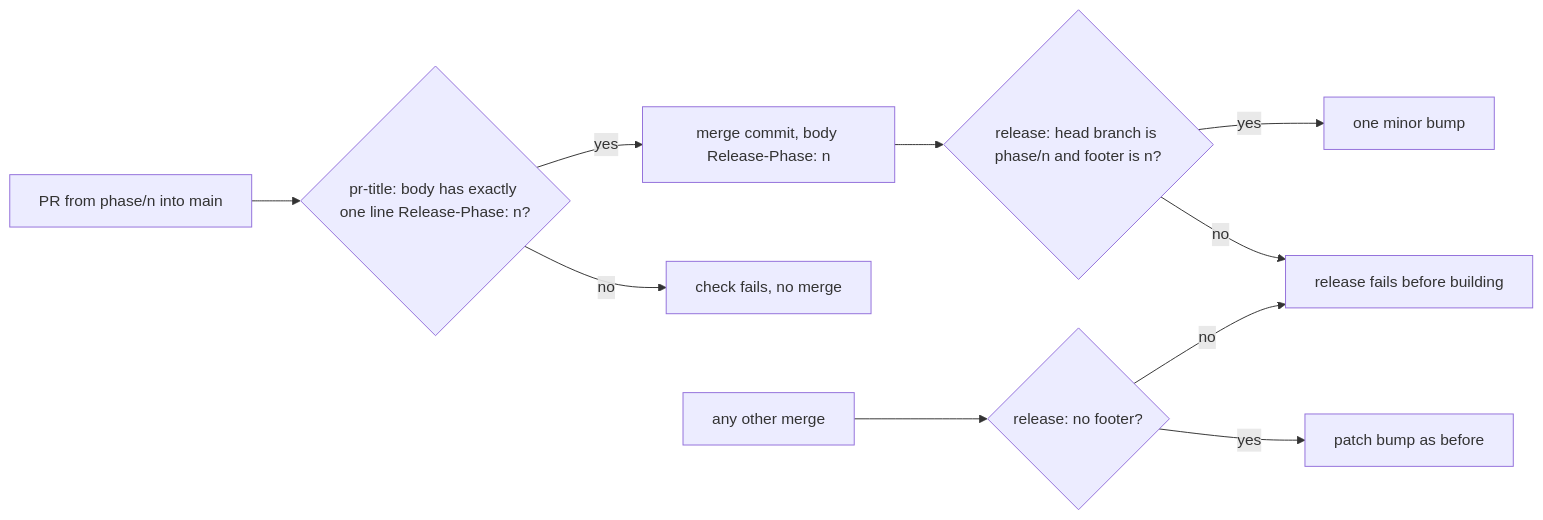
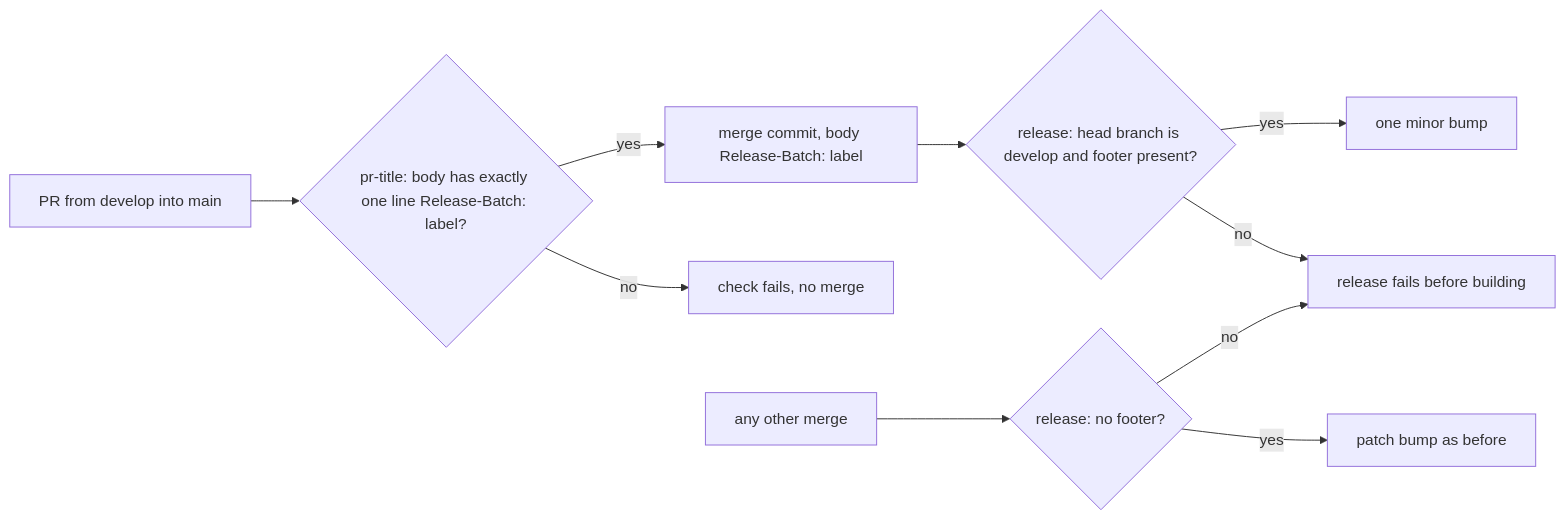
The second of 5 diagrams in wiki/workflow/delivery-pipeline.md (giamat90/DuckEngine), drawn with Mermaid before and after one commit. The commit also changed other lines of this file and 17 other files, not shown here.

Commit message:
ci(workflow): ordinary PRs go into develop, develop merges into main on owner request (2-9) (#83)

````diff
--- a/wiki/workflow/delivery-pipeline.md
+++ b/wiki/workflow/delivery-pipeline.md
@@ -42,12 +43,12 @@
 ```mermaid
 flowchart LR
-  PR[PR from phase/n into main] --> T{pr-title: body has exactly one line Release-Phase: n?}
+  PR[PR from develop into main] --> T{pr-title: body has exactly one line Release-Batch: label?}
   T -- no --> RED[check fails, no merge]
-  T -- yes --> MG[merge commit, body Release-Phase: n]
-  MG --> RL{release: head branch is phase/n and footer is n?}
+  T -- yes --> MG[merge commit, body Release-Batch: label]
+  MG --> RL{release: head branch is develop and footer present?}
   OTHER[any other merge] --> RL2{release: no footer?}
   RL -- no --> STOP[release fails before building]
   RL -- yes --> BUMP[one minor bump]
   RL2 -- yes --> PATCH[patch bump as before]
   RL2 -- no --> STOP
 ```
````
